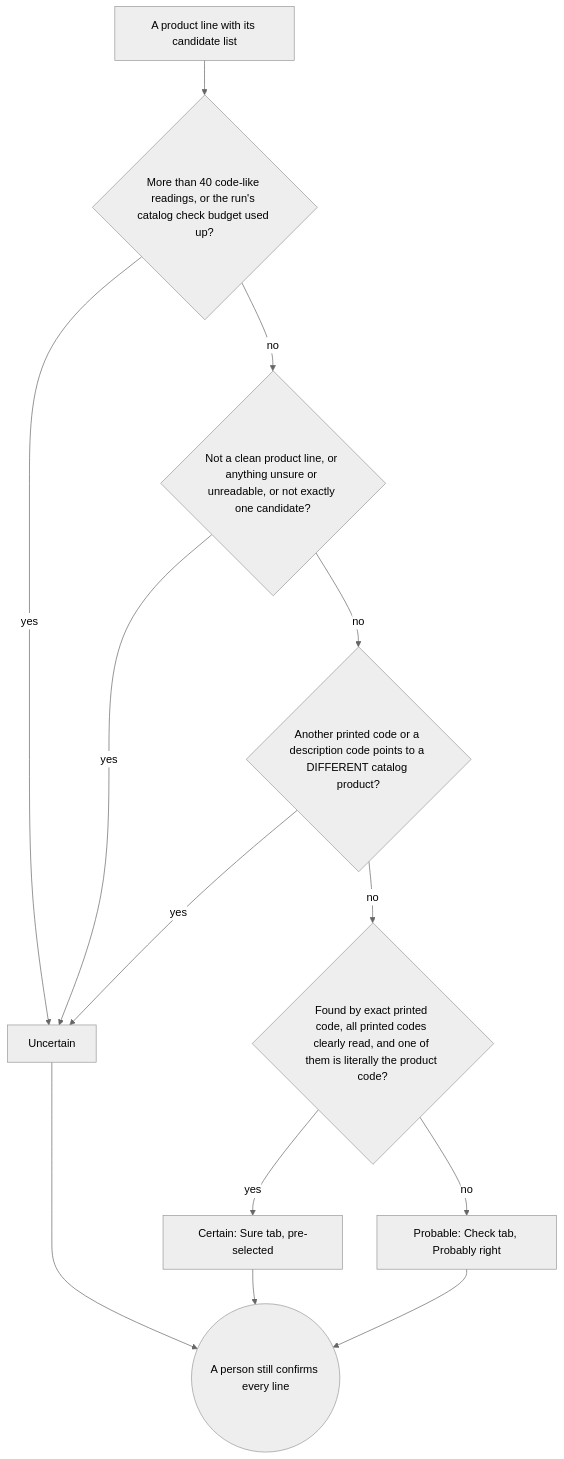
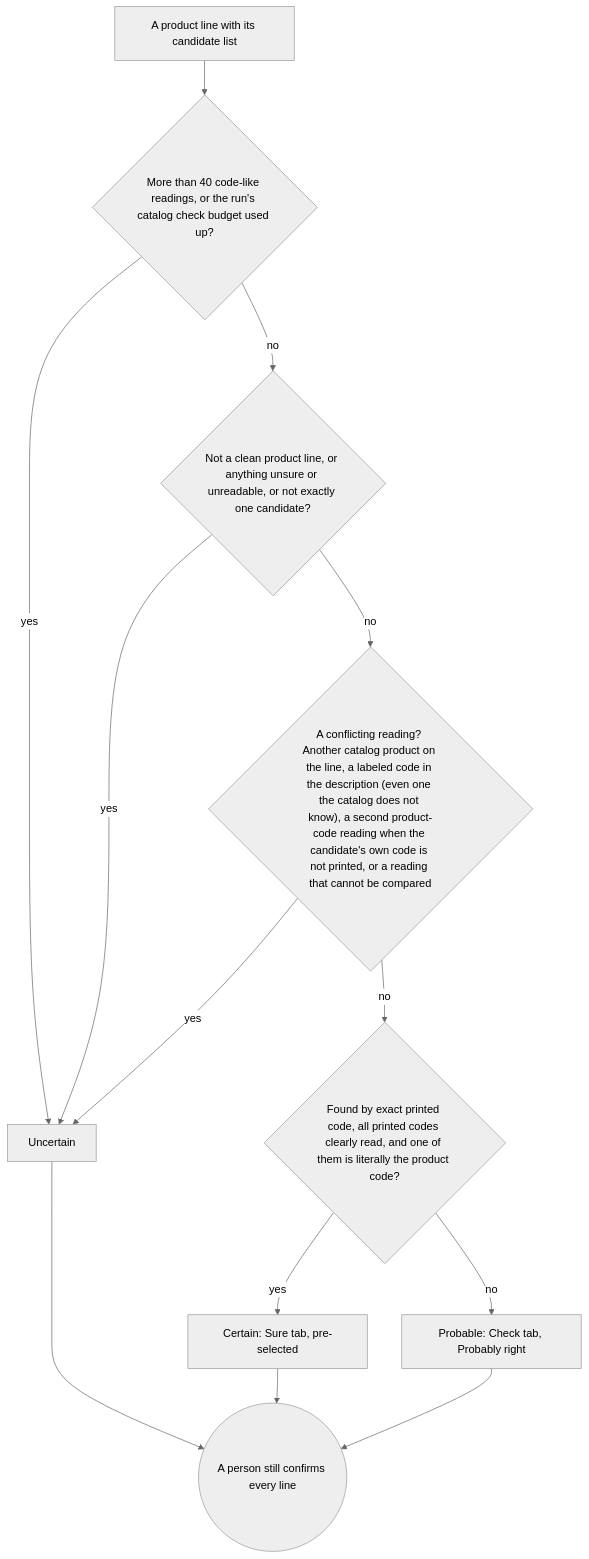
One commit to CarlitosRed/advance-po-reader changed the diagram in docs/how-it-works/04-confidence-tiers.md. Above: the diagram before and after it, drawn with Mermaid (neutral theme). The commit also changed other lines of this file and 8 other files, not shown here.

````diff
--- a/docs/how-it-works/04-confidence-tiers.md
+++ b/docs/how-it-works/04-confidence-tiers.md
@@ -16,15 +16,15 @@
 ```mermaid
 flowchart TD
   A["A product line with its candidate list"] --> B{"More than 40 code-like readings, or the run's catalog check budget used up?"}
   B -->|"yes"| U["Uncertain"]
   B -->|"no"| C{"Not a clean product line, or anything unsure or unreadable, or not exactly one candidate?"}
   C -->|"yes"| U
-  C -->|"no"| D{"Another printed code or a description code points to a DIFFERENT catalog product?"}
+  C -->|"no"| D{"A conflicting reading? Another catalog product on the line, a labeled code in the description (even one the catalog does not know), a second product-code reading when the candidate's own code is not printed, or a reading that cannot be compared"}
   D -->|"yes"| U
   D -->|"no"| E{"Found by exact printed code, all printed codes clearly read, and one of them is literally the product code?"}
   E -->|"yes"| S["Certain: Sure tab, pre-selected"]
   E -->|"no"| P["Probable: Check tab, Probably right"]
   S --> H(("A person still confirms every line"))
   P --> H
   U --> H
 ```
````
